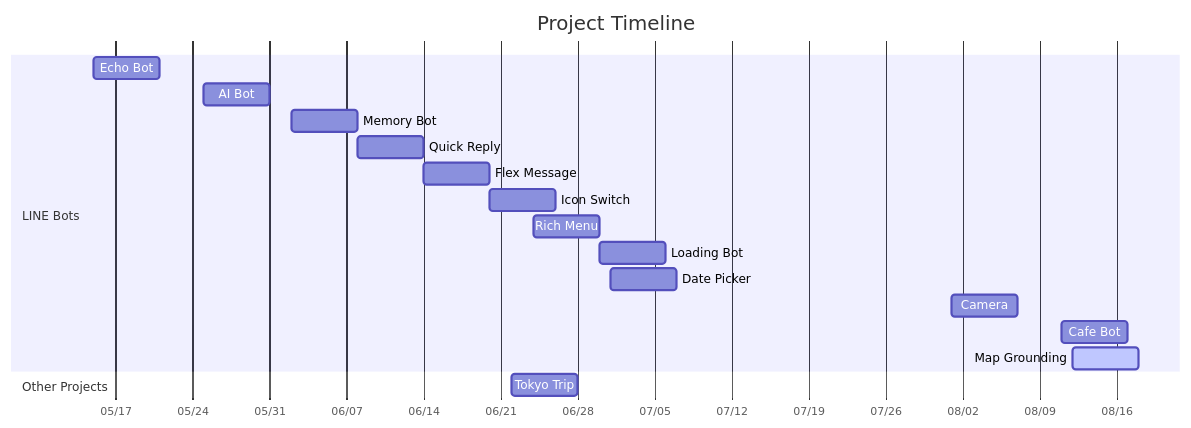
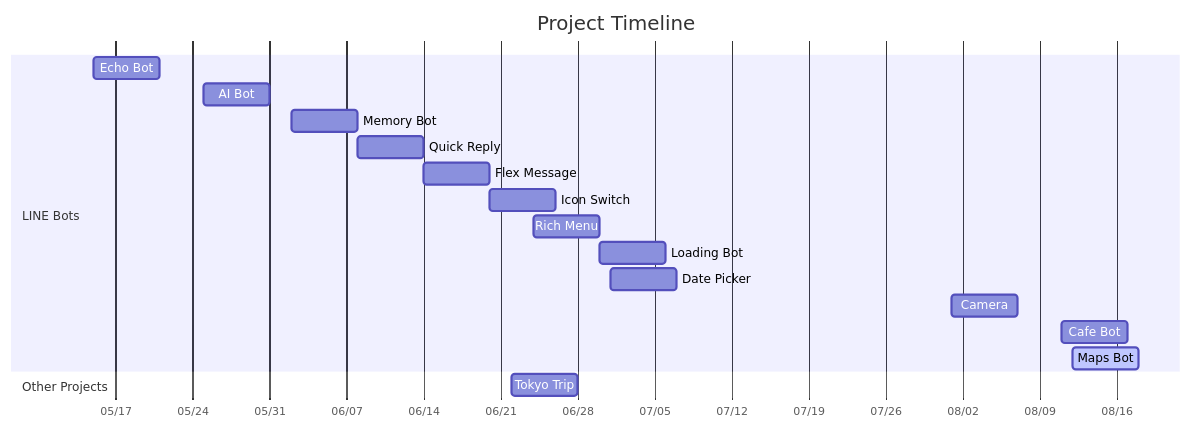
Before and after one commit to zonawang/zona-ai-learning-lab: the diagram in README.md, drawn with Mermaid.

Commit message:
Shorten Map Bot timeline label

````diff
--- a/README.md
+++ b/README.md
@@ -11,23 +11,23 @@
 ```mermaid
 gantt
     title Project Timeline
     dateFormat YYYY-MM-DD
     axisFormat %m/%d
 
     section LINE Bots
     Echo Bot      :p1, 2026-05-15, 6d
     AI Bot        :p2, 2026-05-25, 6d
     Memory Bot    :p3, 2026-06-02, 6d
     Quick Reply   :p4, 2026-06-08, 6d
     Flex Message  :p5, 2026-06-14, 6d
     Icon Switch   :p6, 2026-06-20, 6d
     Rich Menu     :p8, 2026-06-24, 6d
     Loading Bot   :p9, 2026-06-30, 6d
     Date Picker   :p10, 2026-07-01, 6d
     Camera        :p11, 2026-08-01, 6d
     Cafe Bot      :p12, 2026-08-11, 6d
-    Map Grounding :active, p13, 2026-08-12, 6d
+    Maps Bot      :active, p13, 2026-08-12, 6d
 
     section Other Projects
     Tokyo Trip    :p7, 2026-06-22, 6d
 ```
````
